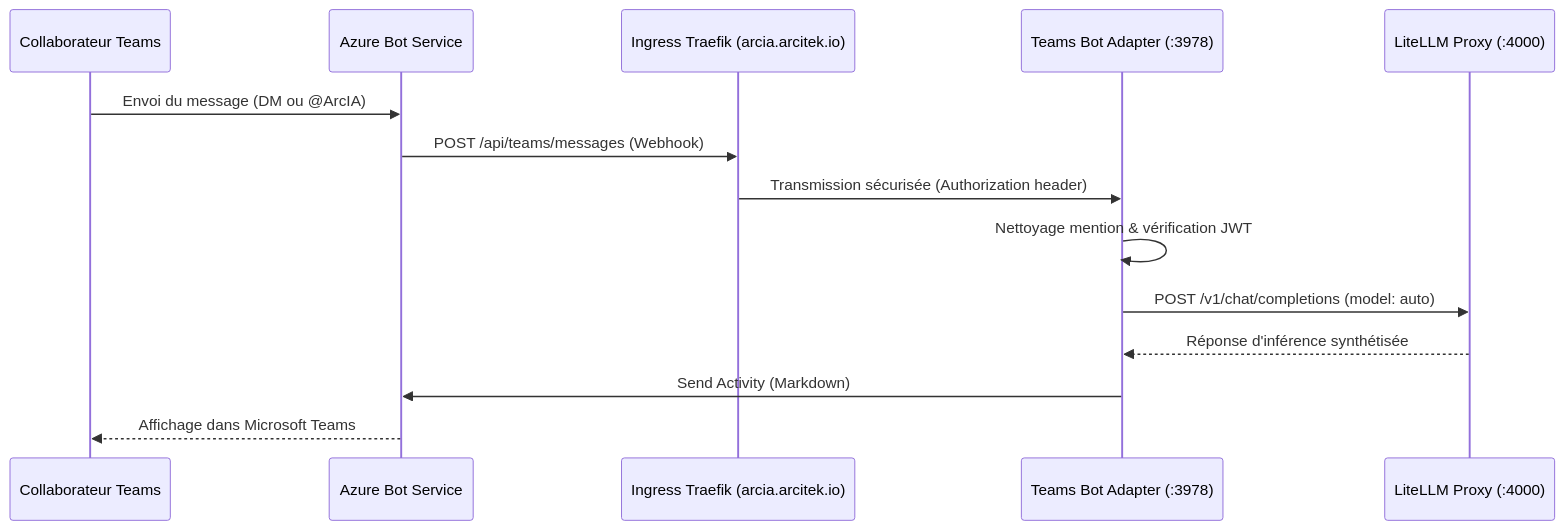
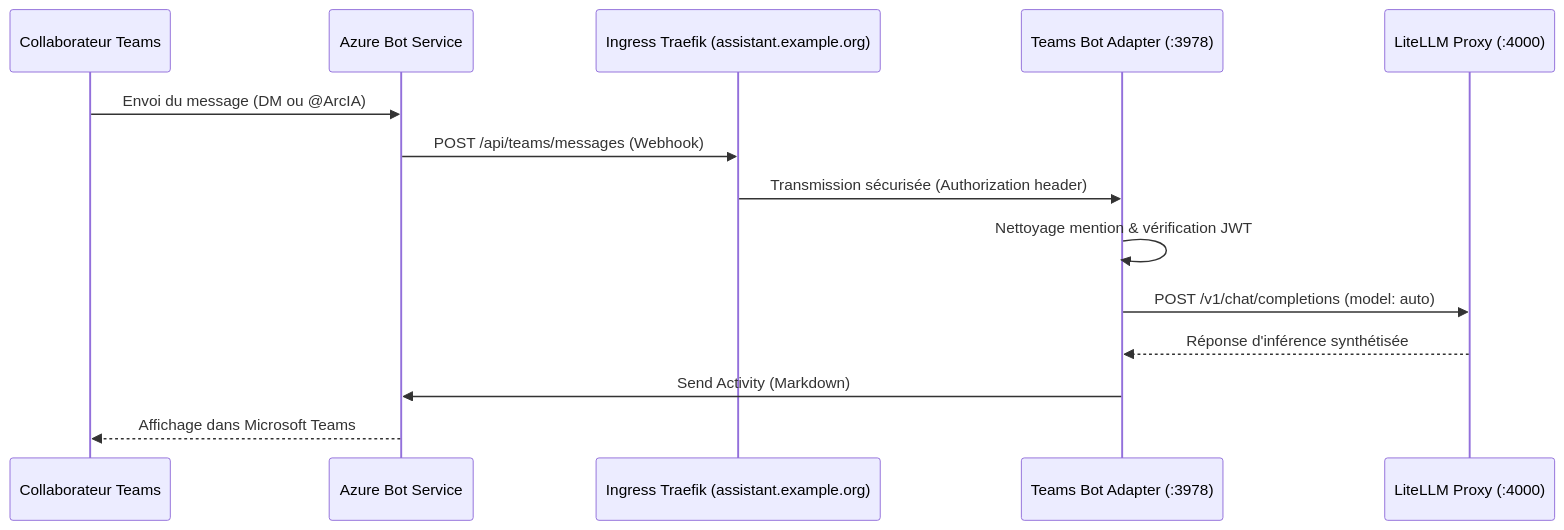
The diagram in docs/guides/integration-teams.md (nicolastheuil/ArcIA), drawn with Mermaid before and after one commit. The commit also changed other lines of this file and 16 other files, not shown here.

````diff
--- a/docs/guides/integration-teams.md
+++ b/docs/guides/integration-teams.md
@@ -24,17 +24,17 @@
 ```mermaid
 sequenceDiagram
     participant User as Collaborateur Teams
     participant MS as Azure Bot Service
-    participant Ingress as Ingress Traefik (arcia.arcitek.io)
+    participant Ingress as Ingress Traefik (assistant.example.org)
     participant Adapter as Teams Bot Adapter (:3978)
     participant LiteLLM as LiteLLM Proxy (:4000)
 
     User->>MS: Envoi du message (DM ou @ArcIA)
     MS->>Ingress: POST /api/teams/messages (Webhook)
     Ingress->>Adapter: Transmission sécurisée (Authorization header)
     Adapter->>Adapter: Nettoyage mention & vérification JWT
     Adapter->>LiteLLM: POST /v1/chat/completions (model: auto)
     LiteLLM-->>Adapter: Réponse d'inférence synthétisée
     Adapter->>MS: Send Activity (Markdown)
     MS-->>User: Affichage dans Microsoft Teams
 ```
````
